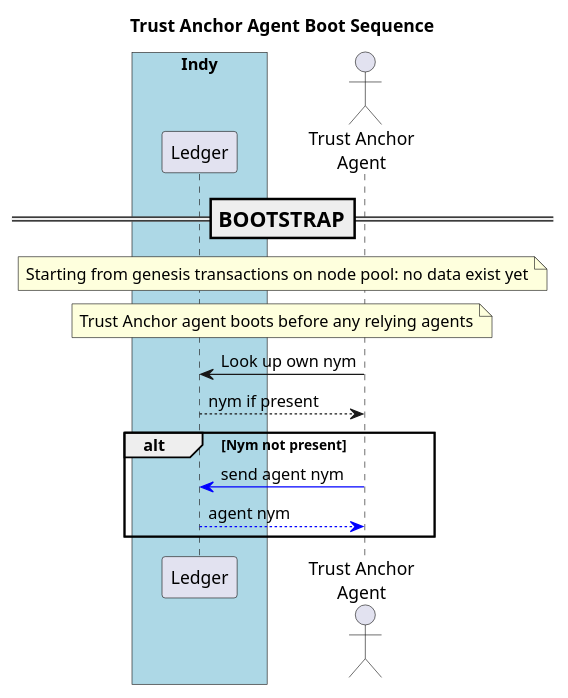
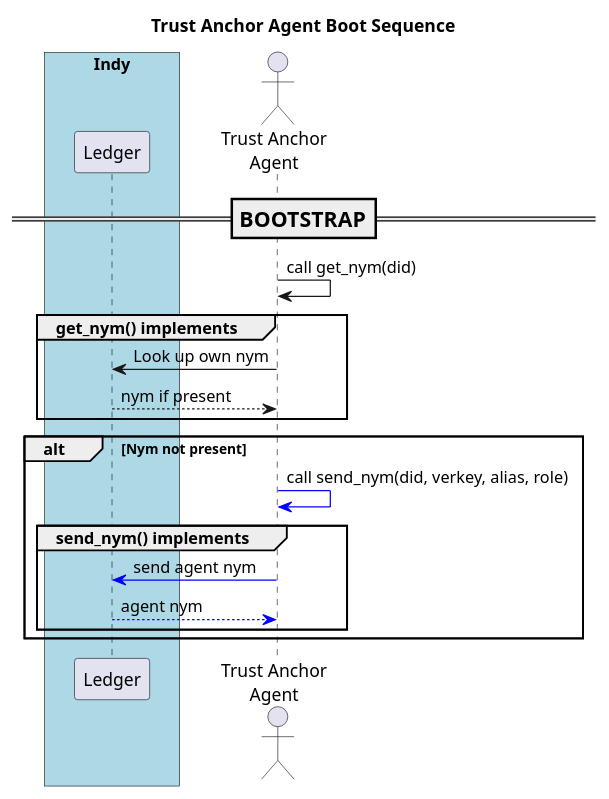
One commit to PSPC-SPAC-buyandsell/von_base changed the diagram in doc/pic/src/boot.trust-anchor.puml. Above: the diagram before and after it, drawn with PlantUML. The commit also changed 25 other files, not shown here.

```diff
--- a/doc/pic/src/boot.trust-anchor.puml
+++ b/doc/pic/src/boot.trust-anchor.puml
@@ -1,46 +1,45 @@
 @startuml
 /'
 Copyright 2017-2018 Government of Canada - Public Services and Procurement Canada - buyandsell.gc.ca
 
 Licensed under the Apache License, Version 2.0 (the "License");
 you may not use this file except in compliance with the License.
 You may obtain a copy of the License at
 
 http://www.apache.org/licenses/LICENSE-2.0
 
 Unless required by applicable law or agreed to in writing, software
 distributed under the License is distributed on an "AS IS" BASIS,
 WITHOUT WARRANTIES OR CONDITIONS OF ANY KIND, either express or implied.
 See the License for the specific language governing permissions and
 limitations under the License.
 '/
 
 skinparam ParticipantPadding 20
 skinparam BaloxPadding 20
 
 title Trust Anchor Agent Boot Sequence
 
 
 box "Indy" #LightBlue
     participant "Ledger" as ledger
 endbox
 actor "Trust Anchor\nAgent" as tag
 
 === BOOTSTRAP ==
-note over ledger, tag
-Starting from genesis transactions on node pool: no data exist yet
-endnote
 
+tag -> tag: call get_nym(did)
+group get_nym() implements
+    tag -> ledger: Look up own nym
+    ledger --> tag: nym if present
+end
 
-note over ledger, tag
-Trust Anchor agent boots before any relying agents
-endnote
-
-tag -> ledger: Look up own nym
-ledger --> tag: nym if present
 alt Nym not present
-    tag -[#blue]> ledger: send agent nym
-    ledger --[#blue]> tag: agent nym
+    tag -[#blue]> tag: call send_nym(did, verkey, alias, role)
+    group send_nym() implements
+        tag -[#blue]> ledger: send agent nym
+        ledger --[#blue]> tag: agent nym
+    end
 end
 
 @enduml
```
